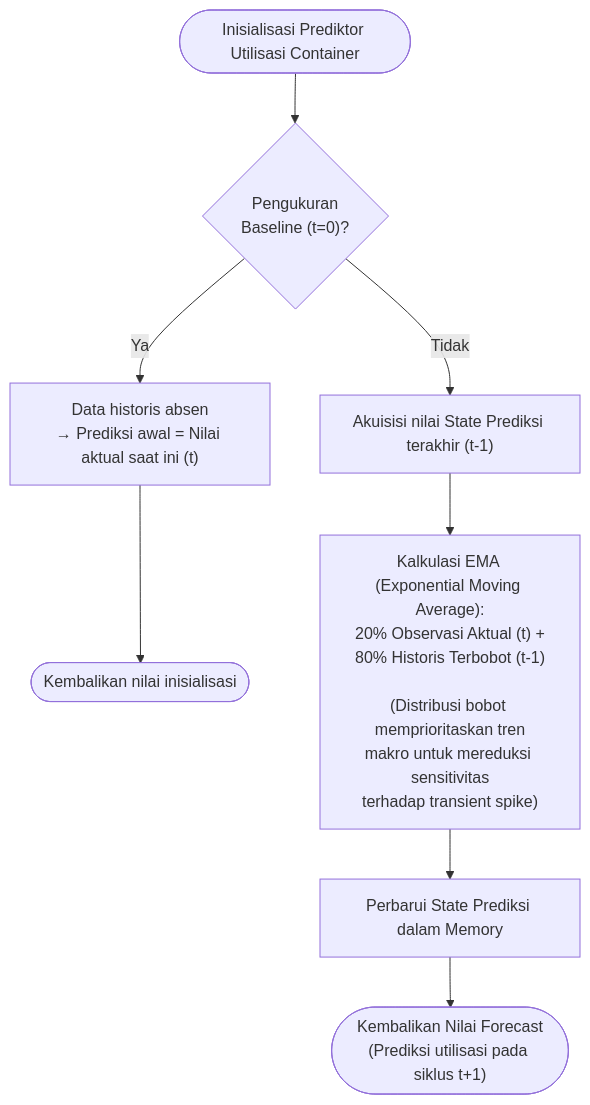
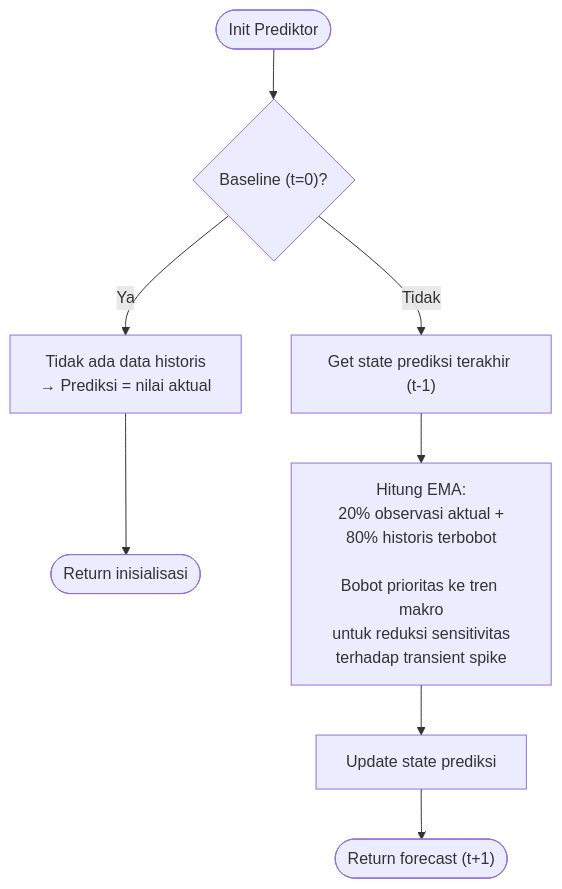
The third of 4 diagrams in architecture-diagrams/layer-3-control/03_ema_predictor.md (fauzanreza/green-container-framework), drawn with Mermaid before and after one commit. The commit also changed other lines of this file and 13 other files, not shown here.

Commit message:
edit fitur, menambahkan Architecture Diagram

````diff
--- a/architecture-diagrams/layer-3-control/03_ema_predictor.md
+++ b/architecture-diagrams/layer-3-control/03_ema_predictor.md
@@ -72,21 +73,21 @@
 ```mermaid
 flowchart TD
-    START(["Inisialisasi Prediktor Utilisasi Container"])
+    START(["Init Prediktor"])
 
-    PERTAMA{"Pengukuran<br/>Baseline (t=0)?"}
-    MULAI["Data historis absen<br/>→ Prediksi awal = Nilai aktual saat ini (t)"]
-    HASIL_AWAL(["Kembalikan nilai inisialisasi"])
+    PERTAMA{"Baseline (t=0)?"}
+    MULAI["Tidak ada data historis<br/>→ Prediksi = nilai aktual"]
+    HASIL_AWAL(["Return inisialisasi"])
 
-    AMBIL["Akuisisi nilai State Prediksi terakhir (t-1)"]
-    HITUNG["Kalkulasi EMA (Exponential Moving Average):<br/>20% Observasi Aktual (t) +<br/>80% Historis Terbobot (t-1)<br/><br/>(Distribusi bobot memprioritaskan tren<br/>makro untuk mereduksi sensitivitas<br/>terhadap transient spike)"]
-    SIMPAN["Perbarui State Prediksi dalam Memory"]
-    HASIL(["Kembalikan Nilai Forecast<br/>(Prediksi utilisasi pada siklus t+1)"])
+    AMBIL["Get state prediksi terakhir (t-1)"]
+    HITUNG["Hitung EMA:<br/>20% observasi aktual +<br/>80% historis terbobot<br/><br/>Bobot prioritas ke tren makro<br/>untuk reduksi sensitivitas<br/>terhadap transient spike"]
+    SIMPAN["Update state prediksi"]
+    HASIL(["Return forecast (t+1)"])
 
     START --> PERTAMA
     PERTAMA -->|Ya| MULAI
     MULAI --> HASIL_AWAL
     PERTAMA -->|Tidak| AMBIL
     AMBIL --> HITUNG
     HITUNG --> SIMPAN
     SIMPAN --> HASIL
 ```
````
